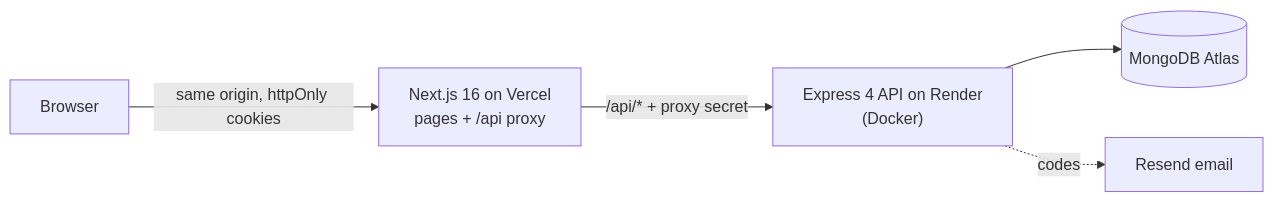
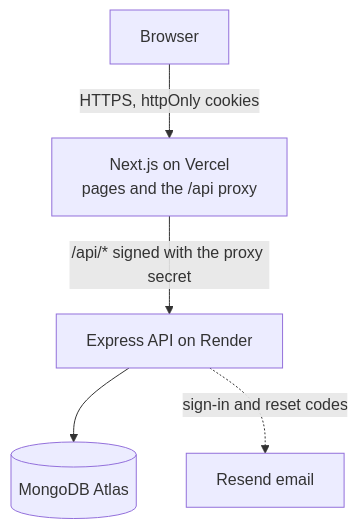
Before and after one commit to AQibARman28/FinAssist: the diagram in README.md, drawn with Mermaid. The commit also changed other lines of this file, not shown here.

First line of the commit message:
docs(readme): a readable diagram, table headings, and the crypto lab

````diff
--- a/README.md
+++ b/README.md
@@ -49,7 +49,7 @@
 ```mermaid
-flowchart LR
-    B[Browser] -->|same origin, httpOnly cookies| V["Next.js 16 on Vercel<br/>pages + /api proxy"]
-    V -->|"/api/* + proxy secret"| R["Express 4 API on Render<br/>(Docker)"]
+flowchart TB
+    B["Browser"] -->|"HTTPS, httpOnly cookies"| V["Next.js on Vercel<br/>pages and the /api proxy"]
+    V -->|"/api/* signed with the proxy secret"| R["Express API on Render"]
     R --> M[("MongoDB Atlas")]
-    R -.->|codes| E["Resend email"]
+    R -.->|"sign-in and reset codes"| E["Resend email"]
 ```
````
